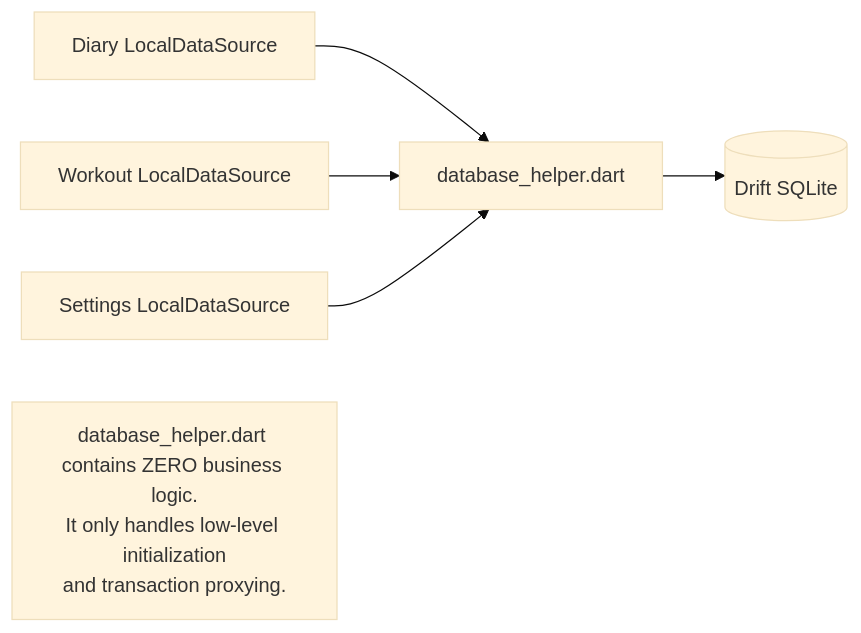
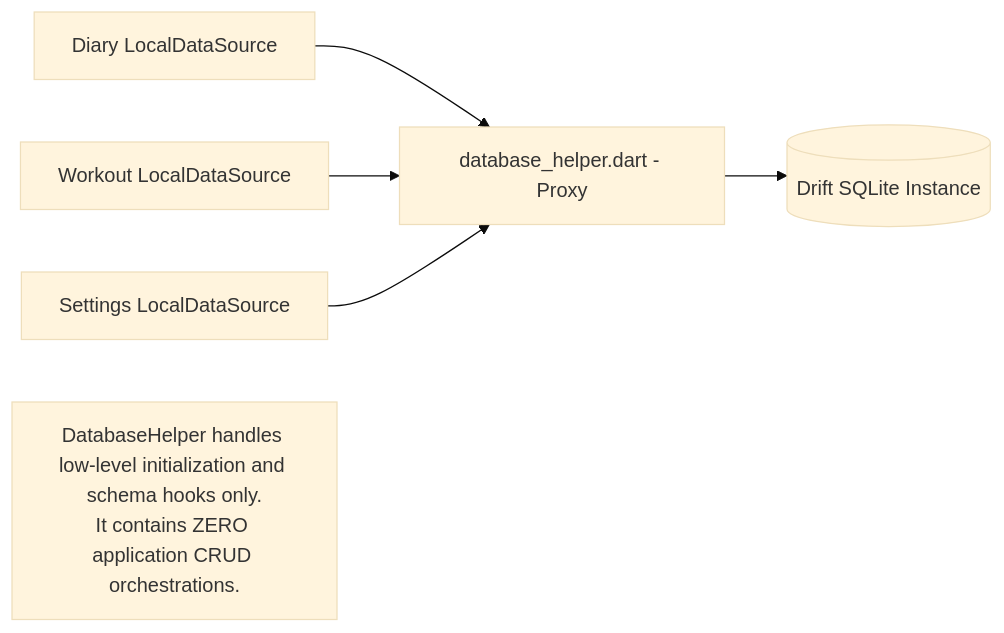
One commit to rfivesix/hypertrack changed the second of 3 diagrams in documentation/architecture.md. Above: the diagram before and after it, drawn with Mermaid (base theme). The commit also changed other lines of this file and 5 other files, not shown here.

First line of the commit message:
docs: align documentation with pure clean architecture

````diff
--- a/documentation/architecture.md
+++ b/documentation/architecture.md
@@ -110,10 +115,10 @@
 ```mermaid
 graph LR
-    FeatureA[Diary LocalDataSource] --> DB[database_helper.dart]
+    FeatureA[Diary LocalDataSource] --> DB[database_helper.dart - Proxy]
     FeatureB[Workout LocalDataSource] --> DB
     FeatureC[Settings LocalDataSource] --> DB
 
-    DB --> SQLite[(Drift SQLite)]
+    DB --> SQLite[(Drift SQLite Instance)]
 
-    note[database_helper.dart contains ZERO business logic.<br/>It only handles low-level initialization<br/>and transaction proxying.]
+    note[DatabaseHelper handles low-level initialization and schema hooks only.<br/>It contains ZERO application CRUD orchestrations.]
 ```
````
